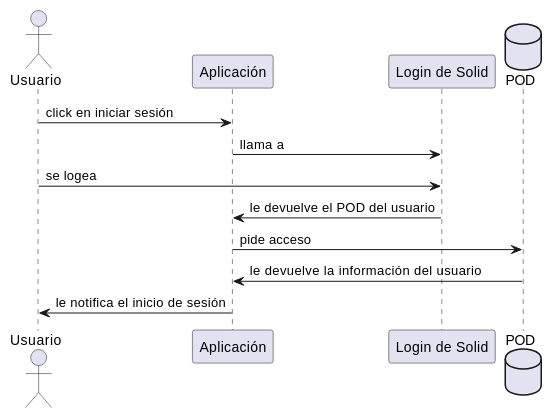
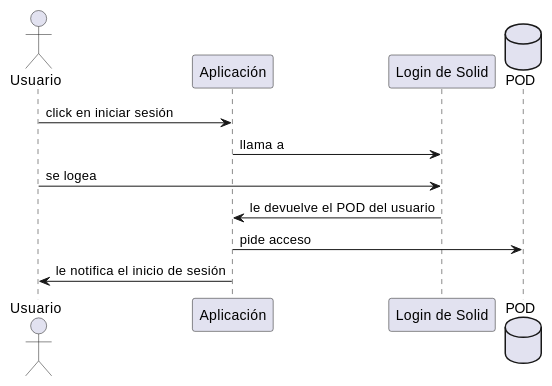
The first of 2 diagrams in docs/06_runtime_view.adoc (Arquisoft/dede_es5c), drawn with PlantUML before and after one commit. The commit also changed other lines of this file and 5 other files, not shown here.

```diff
--- a/docs/06_runtime_view.adoc
+++ b/docs/06_runtime_view.adoc
@@ -9,14 +9,13 @@
 [plantuml,"Sequence diagram 1",png]
 ----
 actor Usuario
 participant Aplicación
 participant "Login de Solid" as Login
 database POD
 Usuario -> Aplicación: click en iniciar sesión
 Aplicación -> Login: llama a
 Usuario -> Login: se logea
 Login -> Aplicación: le devuelve el POD del usuario
 Aplicación -> POD: pide acceso
-POD -> Aplicación: le devuelve la información del usuario
 Aplicación -> Usuario: le notifica el inicio de sesión
 ----
```
